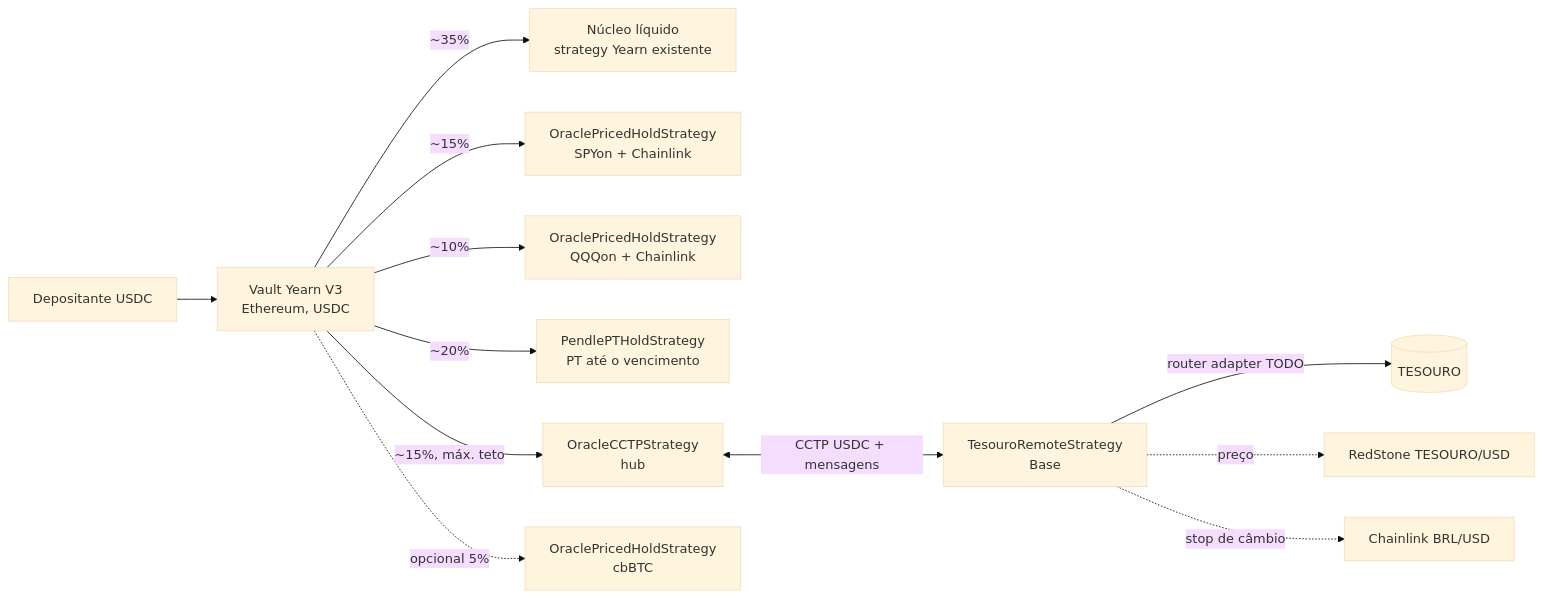
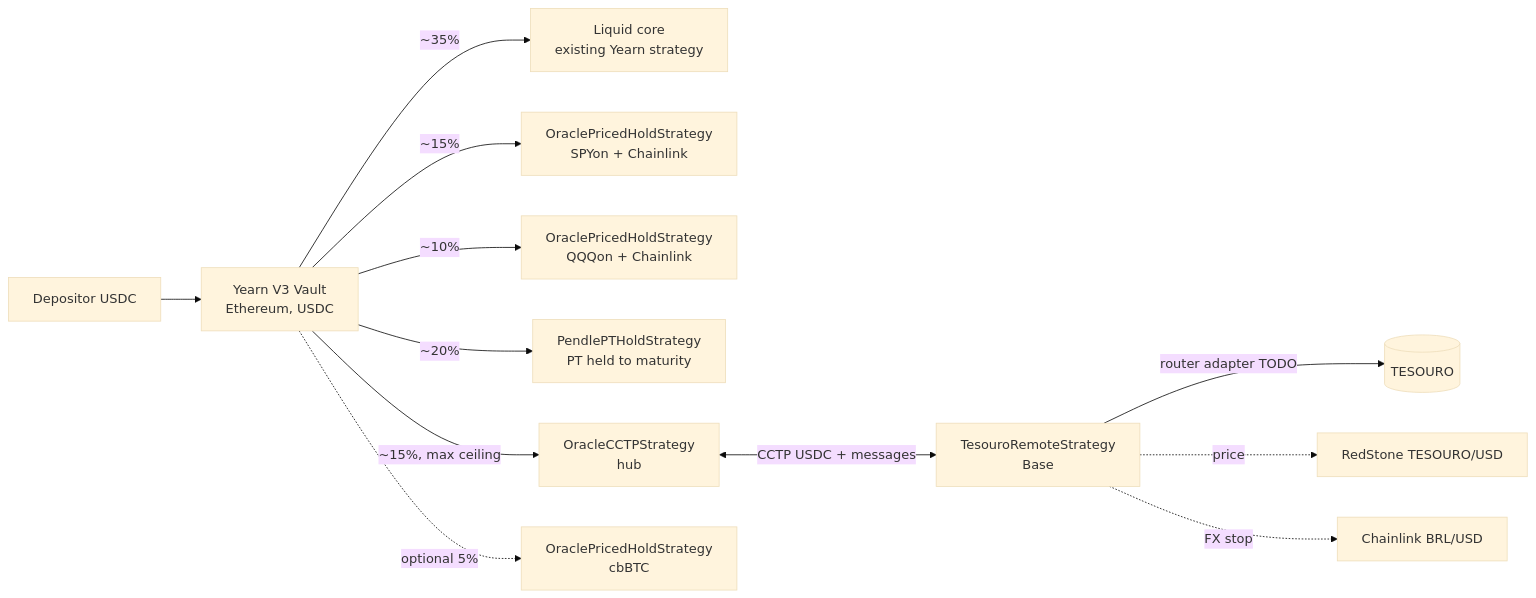
Before and after one commit to matheus1lva/tokenized-cctp: the first of 3 diagrams in docs/USD_HUB_TESOURO.md, drawn with Mermaid (base theme). The commit also changed other lines of this file and 1 other file, not shown here.

Commit message:
docs: translate USD hub TESOURO doc to English

````diff
--- a/docs/USD_HUB_TESOURO.md
+++ b/docs/USD_HUB_TESOURO.md
@@ -14,14 +14,14 @@
 ```mermaid
 flowchart LR
-    U[Depositante USDC] --> V[Vault Yearn V3<br/>Ethereum, USDC]
-    V -->|~35%| C[Núcleo líquido<br/>strategy Yearn existente]
+    U[Depositor USDC] --> V[Yearn V3 Vault<br/>Ethereum, USDC]
+    V -->|~35%| C[Liquid core<br/>existing Yearn strategy]
     V -->|~15%| S[OraclePricedHoldStrategy<br/>SPYon + Chainlink]
     V -->|~10%| Q[OraclePricedHoldStrategy<br/>QQQon + Chainlink]
-    V -->|~20%| P[PendlePTHoldStrategy<br/>PT até o vencimento]
-    V -->|~15%, máx. teto| H[OracleCCTPStrategy<br/>hub]
-    V -.->|opcional 5%| B[OraclePricedHoldStrategy<br/>cbBTC]
-    H <-->|CCTP USDC + mensagens| R[TesouroRemoteStrategy<br/>Base]
+    V -->|~20%| P[PendlePTHoldStrategy<br/>PT held to maturity]
+    V -->|~15%, max ceiling| H[OracleCCTPStrategy<br/>hub]
+    V -.->|optional 5%| B[OraclePricedHoldStrategy<br/>cbBTC]
+    H <-->|CCTP USDC + messages| R[TesouroRemoteStrategy<br/>Base]
     R -->|router adapter TODO| T[(TESOURO)]
-    R -.->|preço| O1[RedStone TESOURO/USD]
-    R -.->|stop de câmbio| O2[Chainlink BRL/USD]
+    R -.->|price| O1[RedStone TESOURO/USD]
+    R -.->|FX stop| O2[Chainlink BRL/USD]
 ```
````
